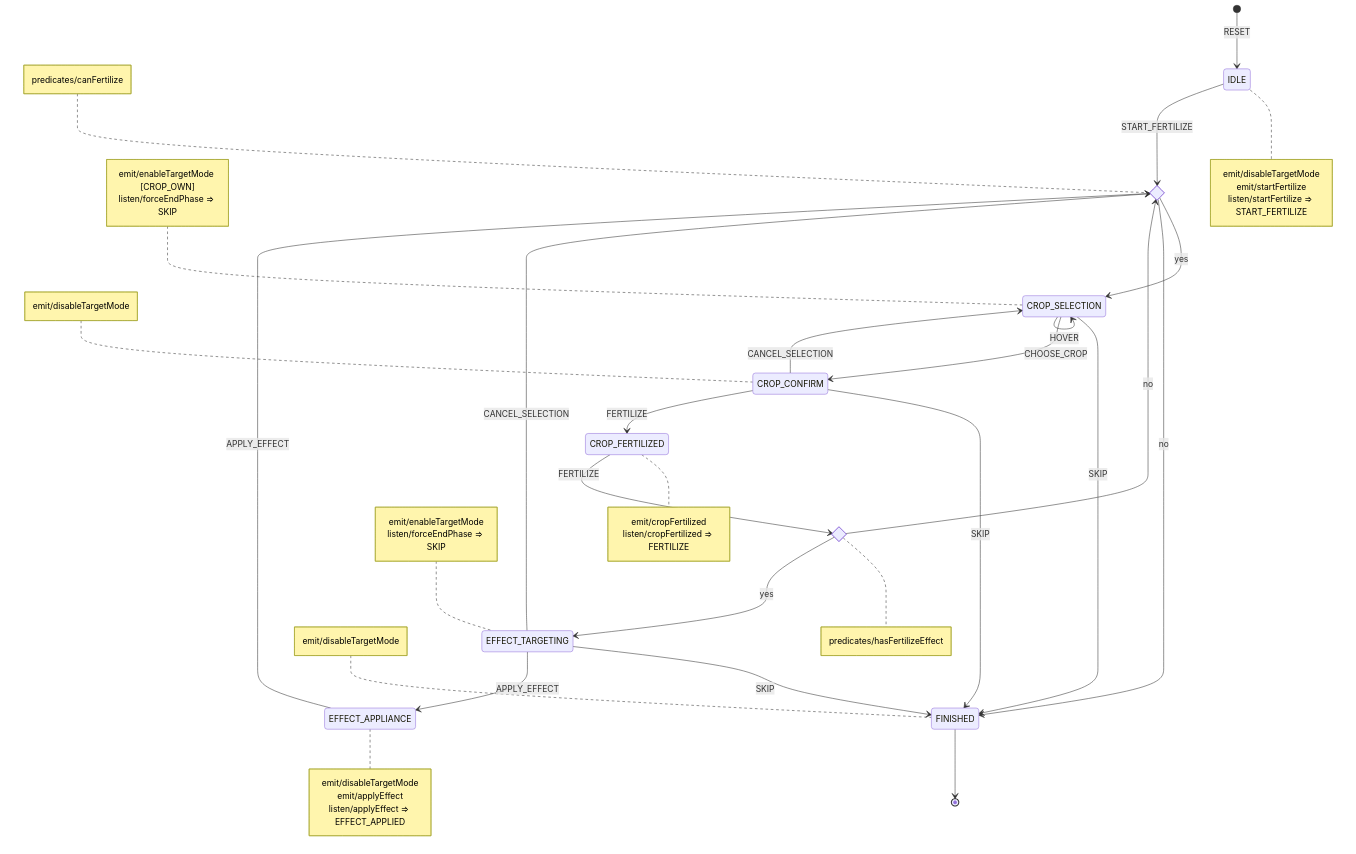
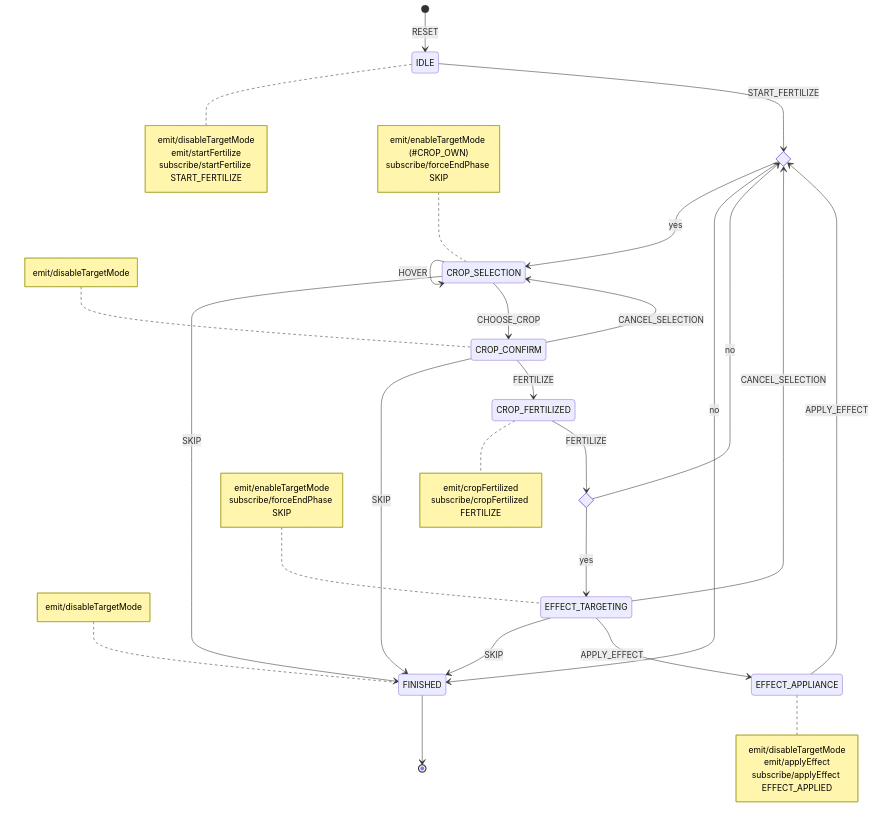
Diagram 11 of 12 in docs/diagrams.md (tfcp68/battle-farm), drawn with Mermaid before and after one commit. The commit also changed other lines of this file and 28 other files, not shown here.

Commit message:
extract mermaid diagrams, add script gen

````diff
--- a/docs/diagrams.md
+++ b/docs/diagrams.md
@@ -514,57 +494,51 @@
 ```mermaid
 stateDiagram-v2
     [*] --> IDLE: RESET
     note right of IDLE
         emit/disableTargetMode
         emit/startFertilize
-        listen/startFertilize => START_FERTILIZE
+        subscribe/startFertilize START_FERTILIZE
     end note
     state canApply <<choice>>
     IDLE --> canApply: START_FERTILIZE
-    note left of canApply
-        predicates/canFertilize
-    end note
     canApply --> CROP_SELECTION: yes
     canApply --> FINISHED: no
     note left of CROP_SELECTION
-        emit/enableTargetMode [CROP_OWN]
-        listen/forceEndPhase => SKIP
+        emit/enableTargetMode (#CROP_OWN)
+        subscribe/forceEndPhase SKIP
     end note
     CROP_SELECTION --> CROP_SELECTION: HOVER
     CROP_SELECTION --> FINISHED: SKIP
     CROP_SELECTION --> CROP_CONFIRM: CHOOSE_CROP
     note left of CROP_CONFIRM
         emit/disableTargetMode
     end note
     state hasFertilizeEffect <<choice>>
-    note right of hasFertilizeEffect
-        predicates/hasFertilizeEffect
-    end note
     CROP_CONFIRM --> FINISHED: SKIP
     CROP_CONFIRM --> CROP_SELECTION: CANCEL_SELECTION
     CROP_CONFIRM --> CROP_FERTILIZED: FERTILIZE
     note right of CROP_FERTILIZED
         emit/cropFertilized
-        listen/cropFertilized => FERTILIZE
+        subscribe/cropFertilized FERTILIZE
     end note
     CROP_FERTILIZED --> hasFertilizeEffect: FERTILIZE
     hasFertilizeEffect --> canApply: no
     hasFertilizeEffect --> EFFECT_TARGETING: yes
     note left of EFFECT_TARGETING
         emit/enableTargetMode
-        listen/forceEndPhase => SKIP
+        subscribe/forceEndPhase SKIP
     end note
     EFFECT_TARGETING --> canApply: CANCEL_SELECTION
     EFFECT_TARGETING --> FINISHED: SKIP
     EFFECT_TARGETING --> EFFECT_APPLIANCE: APPLY_EFFECT
     note right of EFFECT_APPLIANCE
         emit/disableTargetMode
         emit/applyEffect
-        listen/applyEffect => EFFECT_APPLIED
+        subscribe/applyEffect EFFECT_APPLIED
     end note
     EFFECT_APPLIANCE --> canApply: APPLY_EFFECT
     FINISHED --> [*]
     note left of FINISHED
         emit/disableTargetMode
     end note
 ```
````
